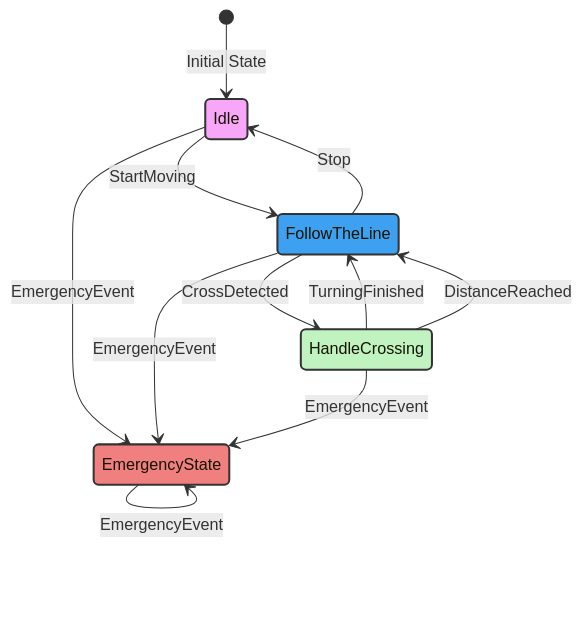
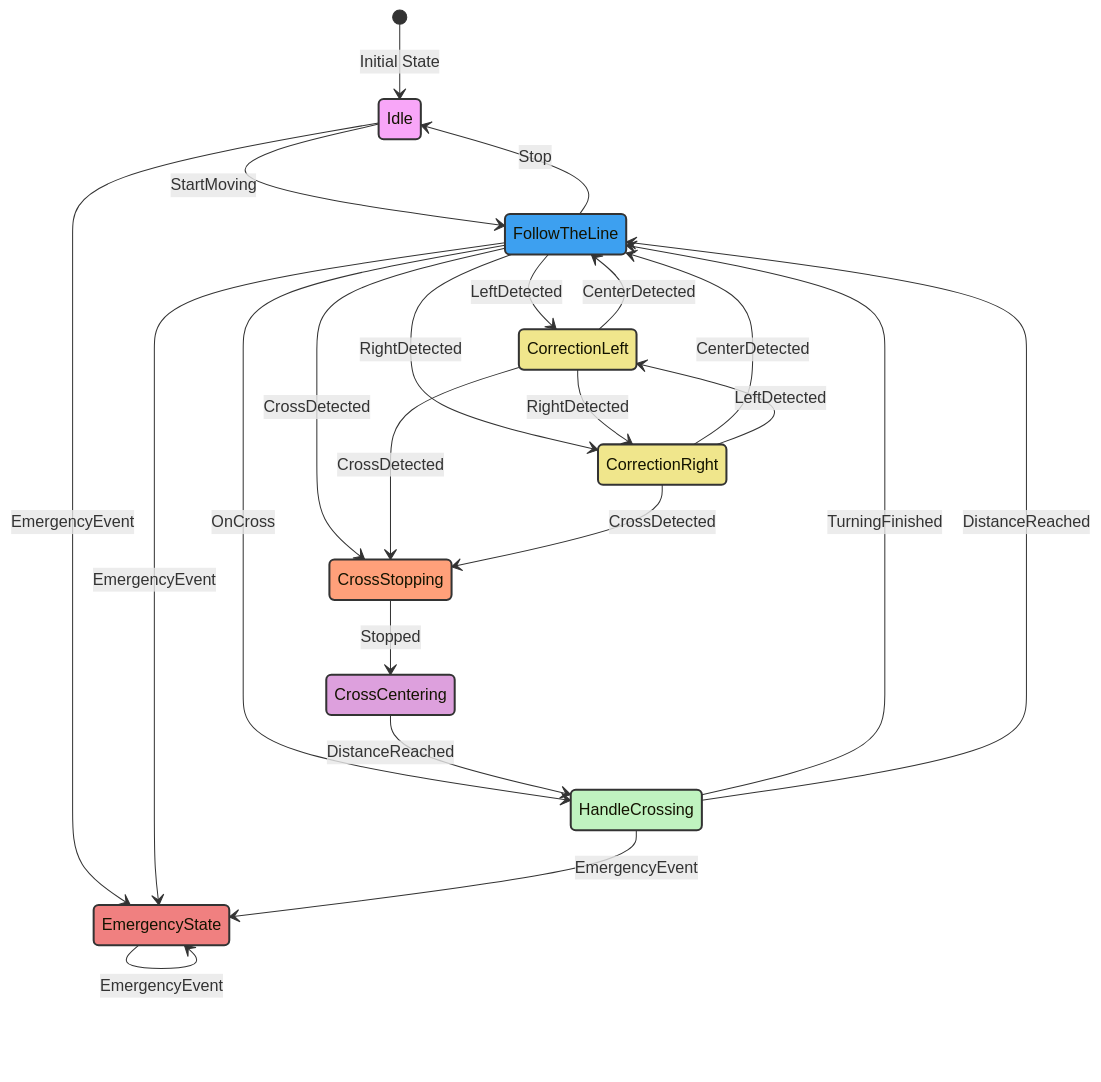
Before and after one commit to tkubica12/robutek: the diagram in docs/RobotStateMachine.md, drawn with Mermaid. The commit also changed 8 other files, not shown here.

````diff
--- a/docs/RobotStateMachine.md
+++ b/docs/RobotStateMachine.md
@@ -1,19 +1,34 @@
 ```mermaid
 stateDiagram
     [*] --> Idle: Initial State
     Idle --> FollowTheLine: StartMoving
     Idle --> EmergencyState: EmergencyEvent
     state FollowTheLine
     FollowTheLine --> Idle: Stop
-    FollowTheLine --> HandleCrossing: CrossDetected
+    FollowTheLine --> HandleCrossing: OnCross
     FollowTheLine --> EmergencyState: EmergencyEvent
+    FollowTheLine --> CorrectionLeft: LeftDetected
+    FollowTheLine --> CorrectionRight: RightDetected
+    FollowTheLine --> CrossStopping: CrossDetected
     HandleCrossing --> FollowTheLine: TurningFinished
     HandleCrossing --> EmergencyState: EmergencyEvent
     HandleCrossing --> FollowTheLine: DistanceReached
+    CorrectionLeft --> FollowTheLine: CenterDetected
+    CorrectionLeft --> CorrectionRight: RightDetected
+    CorrectionLeft --> CrossStopping: CrossDetected
+    CorrectionRight --> FollowTheLine: CenterDetected
+    CorrectionRight --> CorrectionLeft: LeftDetected
+    CorrectionRight --> CrossStopping: CrossDetected
+    CrossStopping --> CrossCentering: Stopped
+    CrossCentering --> HandleCrossing: DistanceReached
     EmergencyState --> EmergencyState: EmergencyEvent
 
     style Idle fill:#f8a6f8,stroke:#333,stroke-width:2px
     style FollowTheLine fill:#3da0f0,stroke:#333,stroke-width:2px
     style HandleCrossing fill:#c0f3c0,stroke:#333,stroke-width:2px
+    style CorrectionLeft fill:#f0e68c,stroke:#333,stroke-width:2px
+    style CorrectionRight fill:#f0e68c,stroke:#333,stroke-width:2px
+    style CrossStopping fill:#ffa07a,stroke:#333,stroke-width:2px
+    style CrossCentering fill:#dda0dd,stroke:#333,stroke-width:2px
     style EmergencyState fill:#f08080,stroke:#333,stroke-width:2px
 ```
````
